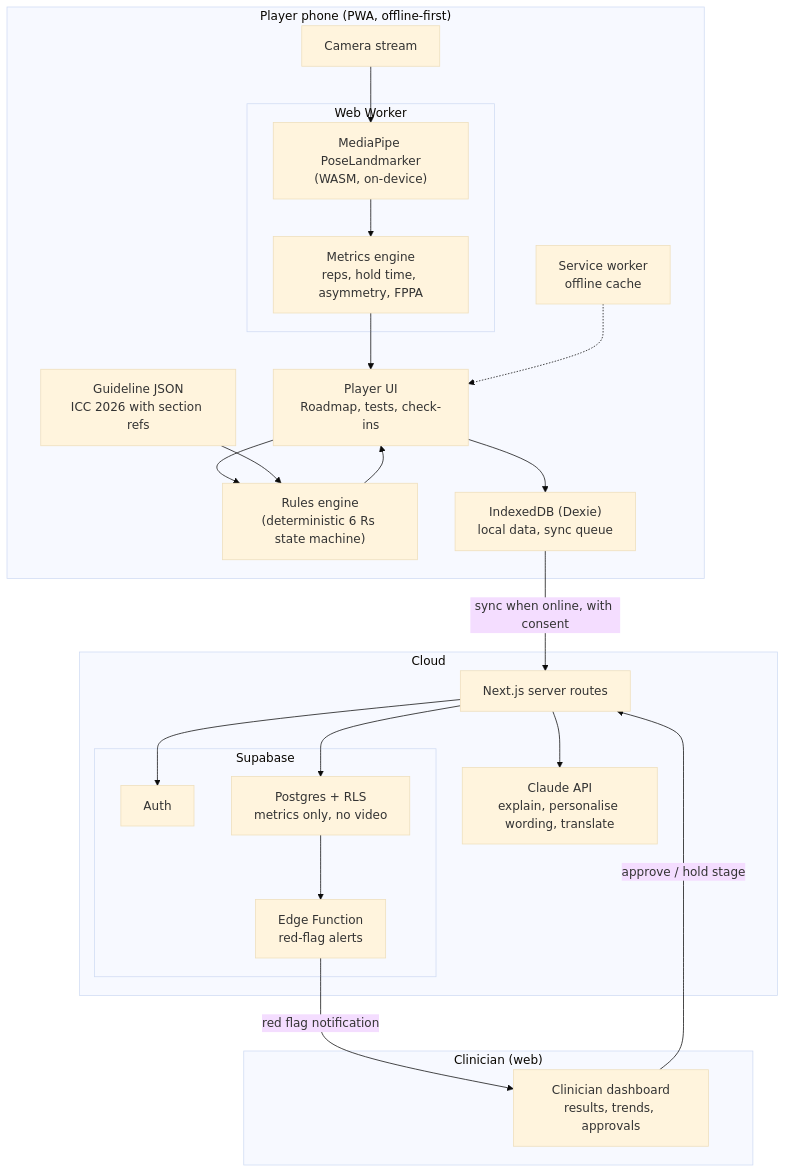
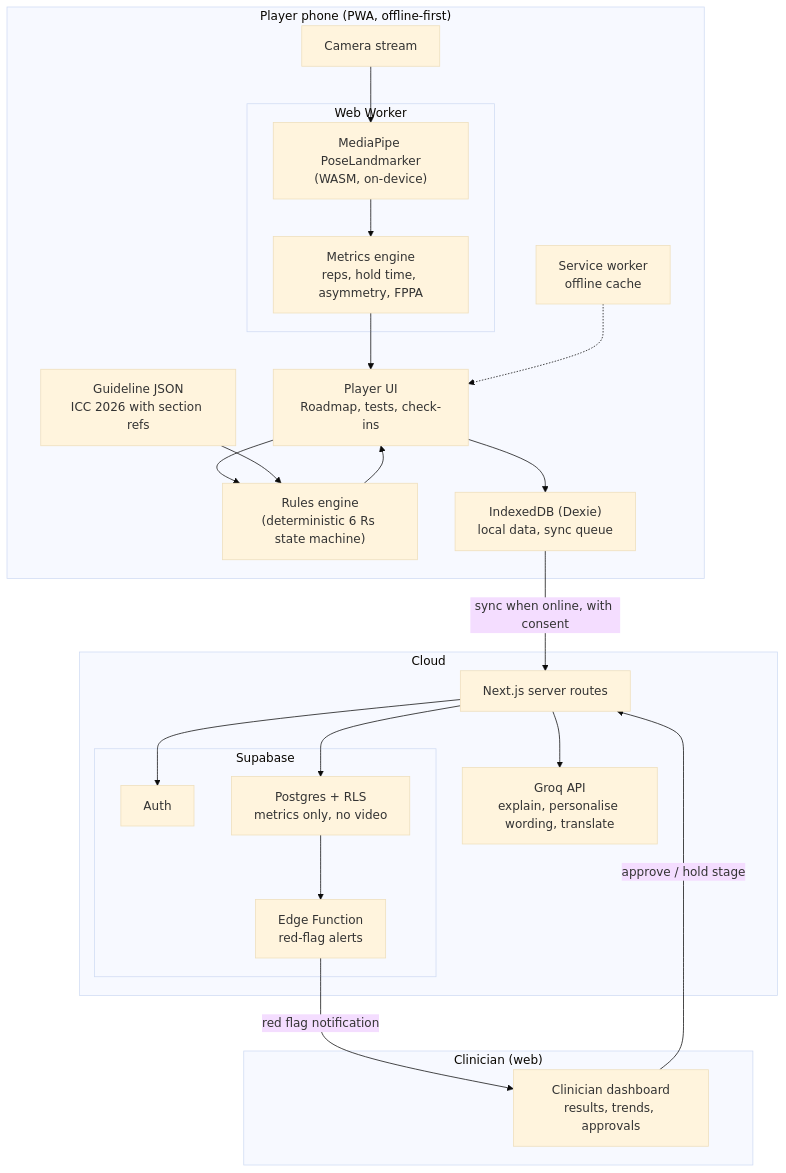
The first of 5 diagrams in CLAUDE.md (nourinzaman2005-droid/comeback), drawn with Mermaid (base theme) before and after one commit. The commit also changed other lines of this file and 4 other files, not shown here.

````diff
--- a/CLAUDE.md
+++ b/CLAUDE.md
@@ -230,43 +230,43 @@
 ```mermaid
 flowchart TB
     subgraph Device["Player phone (PWA, offline-first)"]
         UI["Player UI<br/>Roadmap, tests, check-ins"]
         CAM["Camera stream"]
         subgraph Worker["Web Worker"]
             MP["MediaPipe PoseLandmarker<br/>(WASM, on-device)"]
             MET["Metrics engine<br/>reps, hold time, asymmetry, FPPA"]
         end
         RULES["Rules engine<br/>(deterministic 6 Rs state machine)"]
         GUIDE["Guideline JSON<br/>ICC 2026 with section refs"]
         IDB["IndexedDB (Dexie)<br/>local data, sync queue"]
         SW["Service worker<br/>offline cache"]
     end
 
     subgraph Cloud["Cloud"]
         API["Next.js server routes"]
-        LLM["Claude API<br/>explain, personalise wording, translate"]
+        LLM["Groq API<br/>explain, personalise wording, translate"]
         subgraph SB["Supabase"]
             AUTH["Auth"]
             DB["Postgres + RLS<br/>metrics only, no video"]
             EF["Edge Function<br/>red-flag alerts"]
         end
     end
 
     subgraph Clinic["Clinician (web)"]
         DASH["Clinician dashboard<br/>results, trends, approvals"]
     end
 
     CAM --> MP --> MET --> UI
     UI --> RULES
     GUIDE --> RULES
     RULES --> UI
     UI --> IDB
     SW -.-> UI
     IDB -- "sync when online, with consent" --> API
     API --> AUTH
     API --> DB
     API --> LLM
     DB --> EF
     EF -- "red flag notification" --> DASH
     DASH -- "approve / hold stage" --> API
 ```
````
